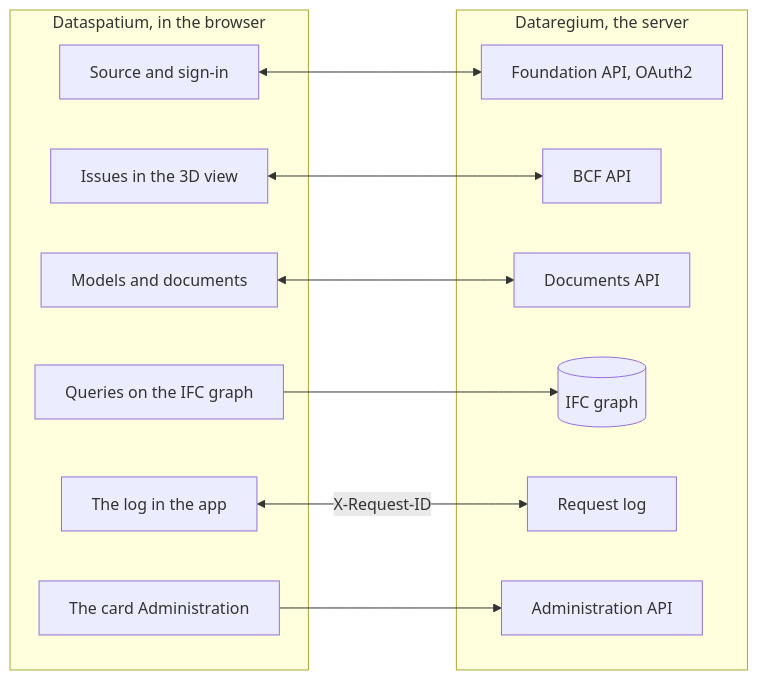
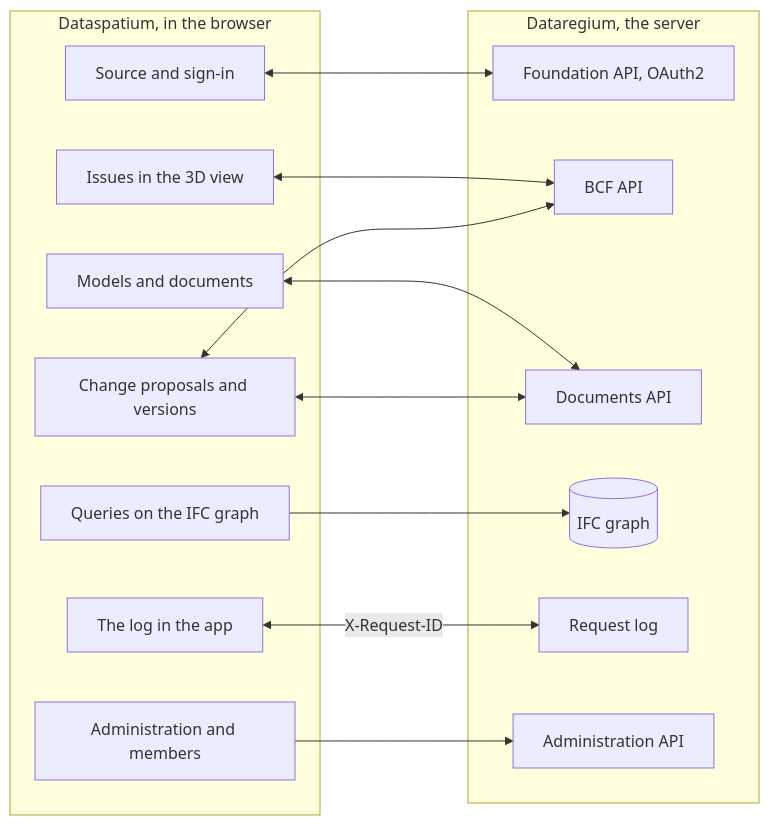
One commit to marwiss/Dataspatium changed the diagram in docs/en/README.md. Above: the diagram before and after it, drawn with Mermaid. The commit also changed other lines of this file and 6 other files, not shown here.

````diff
--- a/docs/en/README.md
+++ b/docs/en/README.md
@@ -166,25 +243,28 @@
 ```mermaid
 flowchart LR
     subgraph app ["Dataspatium, in the browser"]
         source["Source and sign-in"]
         issues["Issues in the 3D view"]
         files["Models and documents"]
+        changes["Change proposals and versions"]
         queries["Queries on the IFC graph"]
         log["The log in the app"]
-        admin["The card Administration"]
+        admin["Administration and members"]
     end
     subgraph server ["Dataregium, the server"]
         foundation["Foundation API, OAuth2"]
         bcf["BCF API"]
         documents["Documents API"]
         ifcgraph[("IFC graph")]
         requests["Request log"]
         adminapi["Administration API"]
     end
     source <--> foundation
     issues <--> bcf
     files <--> documents
+    changes <--> bcf
+    changes <--> documents
     queries --> ifcgraph
     log <-- "X-Request-ID" --> requests
     admin --> adminapi
 ```
````
